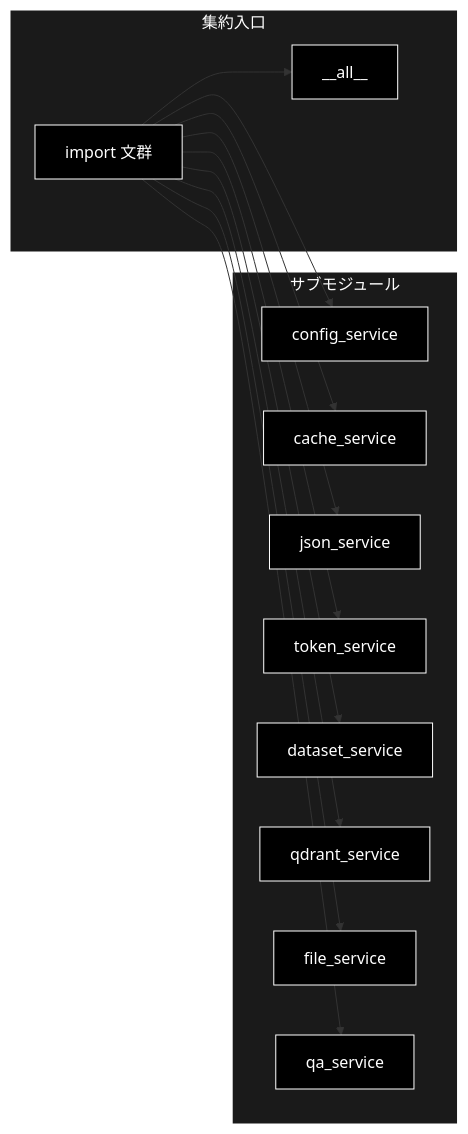
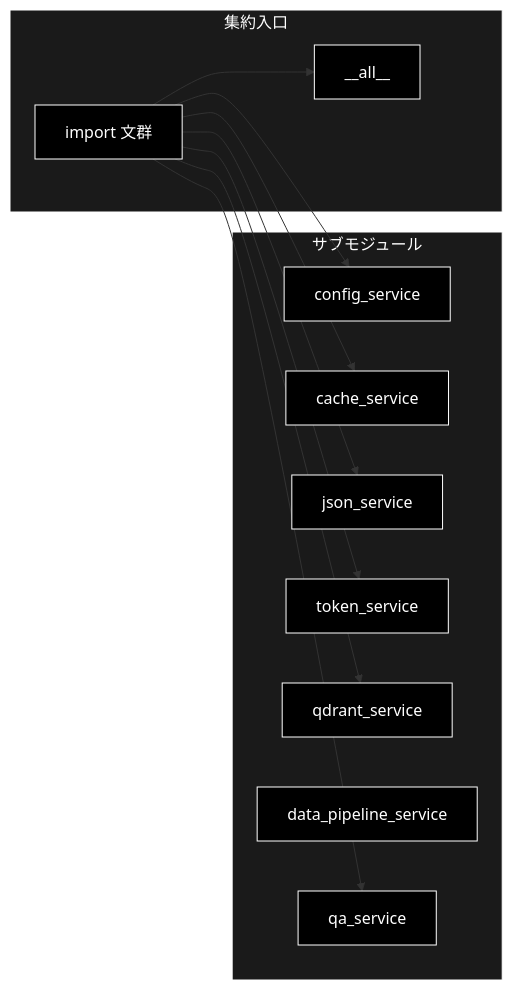
The second of 3 diagrams in services/docs/__init__.md (nakashima2toshio/grace_v2), drawn with Mermaid before and after one commit. The commit also changed other lines of this file and 10 other files, not shown here.

First line of the commit message:
chore: 死にコードと不要依存を削除（dataset_service / file_service / streamlit）

````diff
--- a/services/docs/__init__.md
+++ b/services/docs/__init__.md
@@ -121,33 +119,30 @@
 ```mermaid
 flowchart LR
     subgraph ENTRY["集約入口"]
         ALL["__all__"]
         IMPORTS["import 文群"]
     end
 
     subgraph SERVICES["サブモジュール"]
         CFG["config_service"]
         CCH["cache_service"]
         JSN["json_service"]
         TKN["token_service"]
-        DST["dataset_service"]
         QDR["qdrant_service"]
-        FLE["file_service"]
+        DPS2["data_pipeline_service"]
         QAA["qa_service"]
     end
 
     IMPORTS --> CFG
     IMPORTS --> CCH
     IMPORTS --> JSN
     IMPORTS --> TKN
-    IMPORTS --> DST
     IMPORTS --> QDR
-    IMPORTS --> FLE
     IMPORTS --> QAA
     IMPORTS --> ALL
 classDef default fill:#000,stroke:#fff,color:#fff
 classDef subgraphStyle fill:#1a1a1a,stroke:#fff,color:#fff
-class ALL,IMPORTS,CFG,CCH,JSN,TKN,DST,QDR,FLE,QAA default
+class ALL,IMPORTS,CFG,CCH,JSN,TKN,QDR,QAA default
 style ENTRY fill:#1a1a1a,stroke:#fff,color:#fff
 style SERVICES fill:#1a1a1a,stroke:#fff,color:#fff
 ```
````
